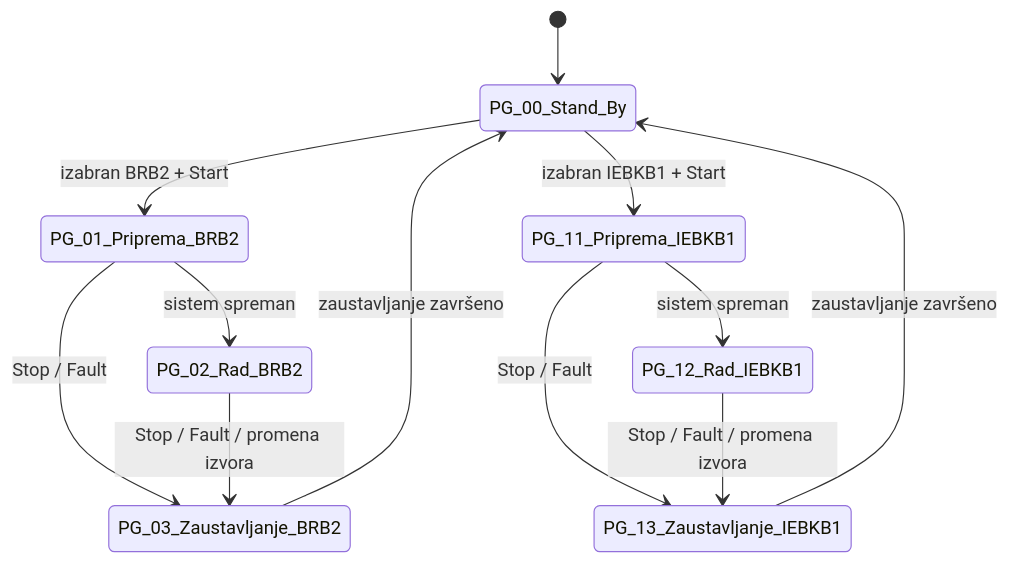
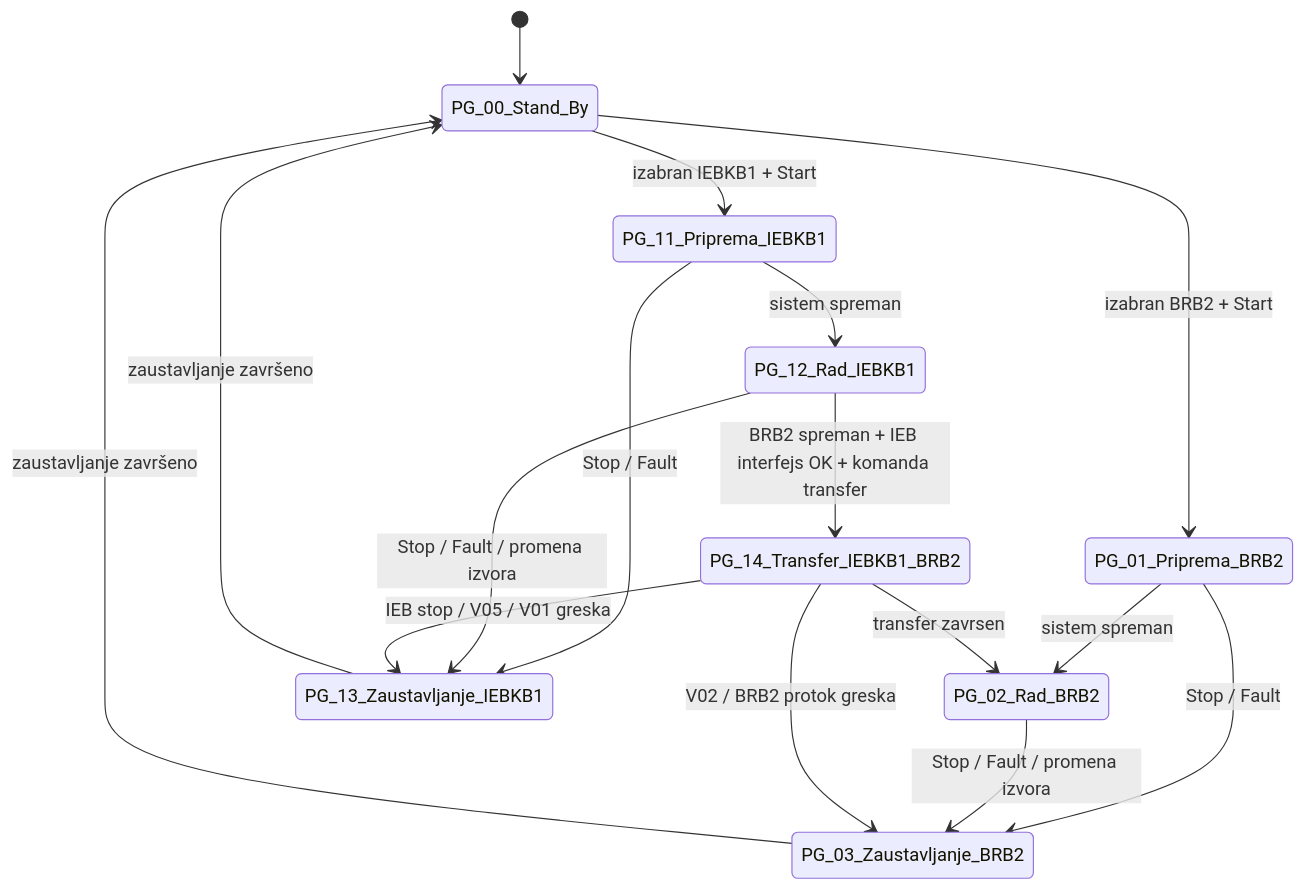
One commit to predragbajovic/PT_KB_V01 changed the first of 2 diagrams in Logical/Rad_PG_KB/FLOW_CHART_MASTER.md. Above: the diagram before and after it, drawn with Mermaid. The commit also changed other lines of this file and 158 other files, not shown here.

````diff
--- a/Logical/Rad_PG_KB/FLOW_CHART_MASTER.md
+++ b/Logical/Rad_PG_KB/FLOW_CHART_MASTER.md
@@ -122,22 +122,27 @@
 ```mermaid
 stateDiagram-v2
     direction TB
     [*] --> PG_00_Stand_By
 
     PG_00_Stand_By --> PG_01_Priprema_BRB2 : izabran BRB2 + Start
     PG_00_Stand_By --> PG_11_Priprema_IEBKB1 : izabran IEBKB1 + Start
 
     PG_01_Priprema_BRB2 --> PG_02_Rad_BRB2 : sistem spreman
     PG_01_Priprema_BRB2 --> PG_03_Zaustavljanje_BRB2 : Stop / Fault
 
     PG_02_Rad_BRB2 --> PG_03_Zaustavljanje_BRB2 : Stop / Fault / promena izvora
 
     PG_03_Zaustavljanje_BRB2 --> PG_00_Stand_By : zaustavljanje završeno
 
     PG_11_Priprema_IEBKB1 --> PG_12_Rad_IEBKB1 : sistem spreman
     PG_11_Priprema_IEBKB1 --> PG_13_Zaustavljanje_IEBKB1 : Stop / Fault
 
     PG_12_Rad_IEBKB1 --> PG_13_Zaustavljanje_IEBKB1 : Stop / Fault / promena izvora
+    PG_12_Rad_IEBKB1 --> PG_14_Transfer_IEBKB1_BRB2 : BRB2 spreman + IEB interfejs OK + komanda transfer
+
+    PG_14_Transfer_IEBKB1_BRB2 --> PG_02_Rad_BRB2 : transfer zavrsen
+    PG_14_Transfer_IEBKB1_BRB2 --> PG_13_Zaustavljanje_IEBKB1 : IEB stop / V05 / V01 greska
+    PG_14_Transfer_IEBKB1_BRB2 --> PG_03_Zaustavljanje_BRB2 : V02 / BRB2 protok greska
 
     PG_13_Zaustavljanje_IEBKB1 --> PG_00_Stand_By : zaustavljanje završeno
 ```
````
